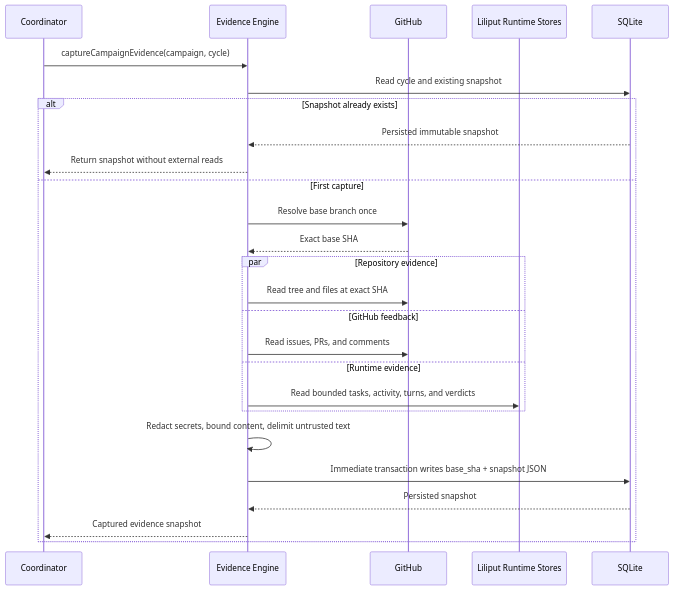
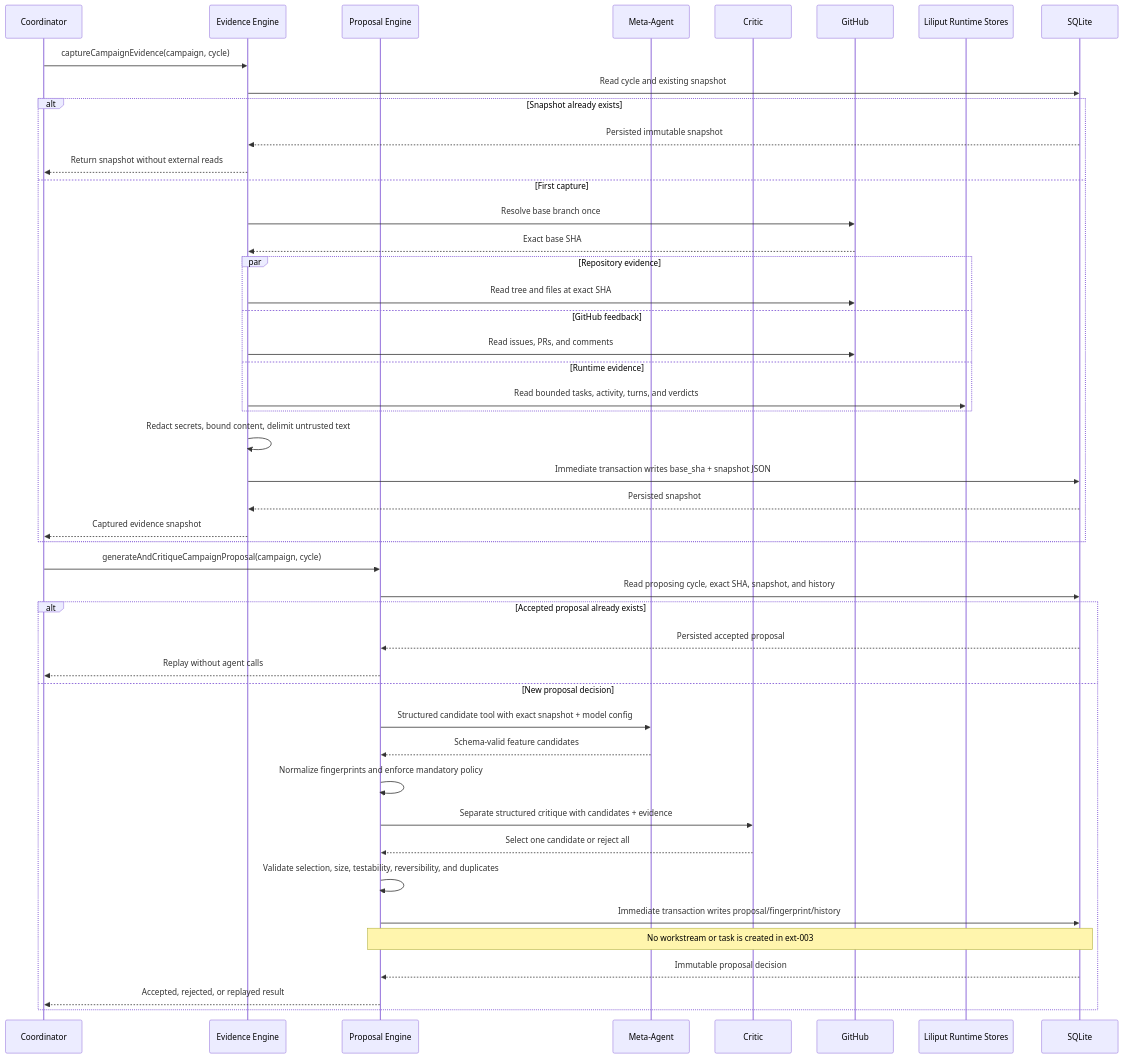
Before and after one commit to crgarcia12/Liliput: the diagram in specs/prd.md, drawn with Mermaid. The commit also changed 11 other files, not shown here.

First line of the commit message:
feat: generate and critique autonomous campaign proposals

````diff
--- a/specs/prd.md
+++ b/specs/prd.md
@@ -143,29 +143,50 @@
 ```mermaid
 sequenceDiagram
     participant Coordinator
     participant Evidence as Evidence Engine
+    participant Proposal as Proposal Engine
+    participant Generator as Meta-Agent
+    participant Critic
     participant GitHub
     participant Runtime as Liliput Runtime Stores
     participant SQLite
 
     Coordinator->>Evidence: captureCampaignEvidence(campaign, cycle)
     Evidence->>SQLite: Read cycle and existing snapshot
     alt Snapshot already exists
         SQLite-->>Evidence: Persisted immutable snapshot
         Evidence-->>Coordinator: Return snapshot without external reads
     else First capture
         Evidence->>GitHub: Resolve base branch once
         GitHub-->>Evidence: Exact base SHA
         par Repository evidence
             Evidence->>GitHub: Read tree and files at exact SHA
         and GitHub feedback
             Evidence->>GitHub: Read issues, PRs, and comments
         and Runtime evidence
             Evidence->>Runtime: Read bounded tasks, activity, turns, and verdicts
         end
         Evidence->>Evidence: Redact secrets, bound content, delimit untrusted text
         Evidence->>SQLite: Immediate transaction writes base_sha + snapshot JSON
         SQLite-->>Evidence: Persisted snapshot
         Evidence-->>Coordinator: Captured evidence snapshot
     end
+
+    Coordinator->>Proposal: generateAndCritiqueCampaignProposal(campaign, cycle)
+    Proposal->>SQLite: Read proposing cycle, exact SHA, snapshot, and history
+    alt Accepted proposal already exists
+        SQLite-->>Proposal: Persisted accepted proposal
+        Proposal-->>Coordinator: Replay without agent calls
+    else New proposal decision
+        Proposal->>Generator: Structured candidate tool with exact snapshot + model config
+        Generator-->>Proposal: Schema-valid feature candidates
+        Proposal->>Proposal: Normalize fingerprints and enforce mandatory policy
+        Proposal->>Critic: Separate structured critique with candidates + evidence
+        Critic-->>Proposal: Select one candidate or reject all
+        Proposal->>Proposal: Validate selection, size, testability, reversibility, and duplicates
+        Proposal->>SQLite: Immediate transaction writes proposal/fingerprint/history
+        Note over Proposal,SQLite: No workstream or task is created in ext-003
+        SQLite-->>Proposal: Immutable proposal decision
+        Proposal-->>Coordinator: Accepted, rejected, or replayed result
+    end
 ```
````
